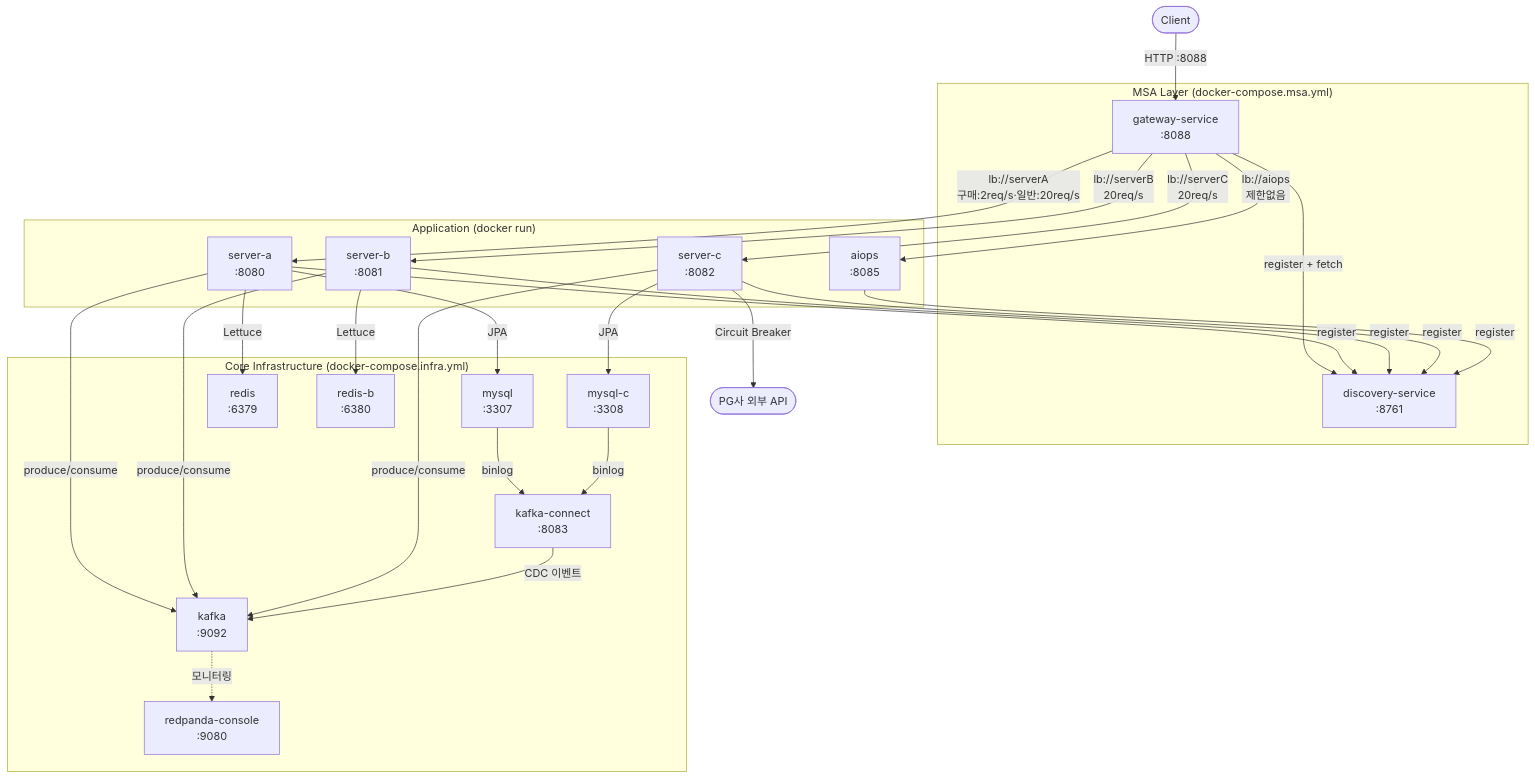
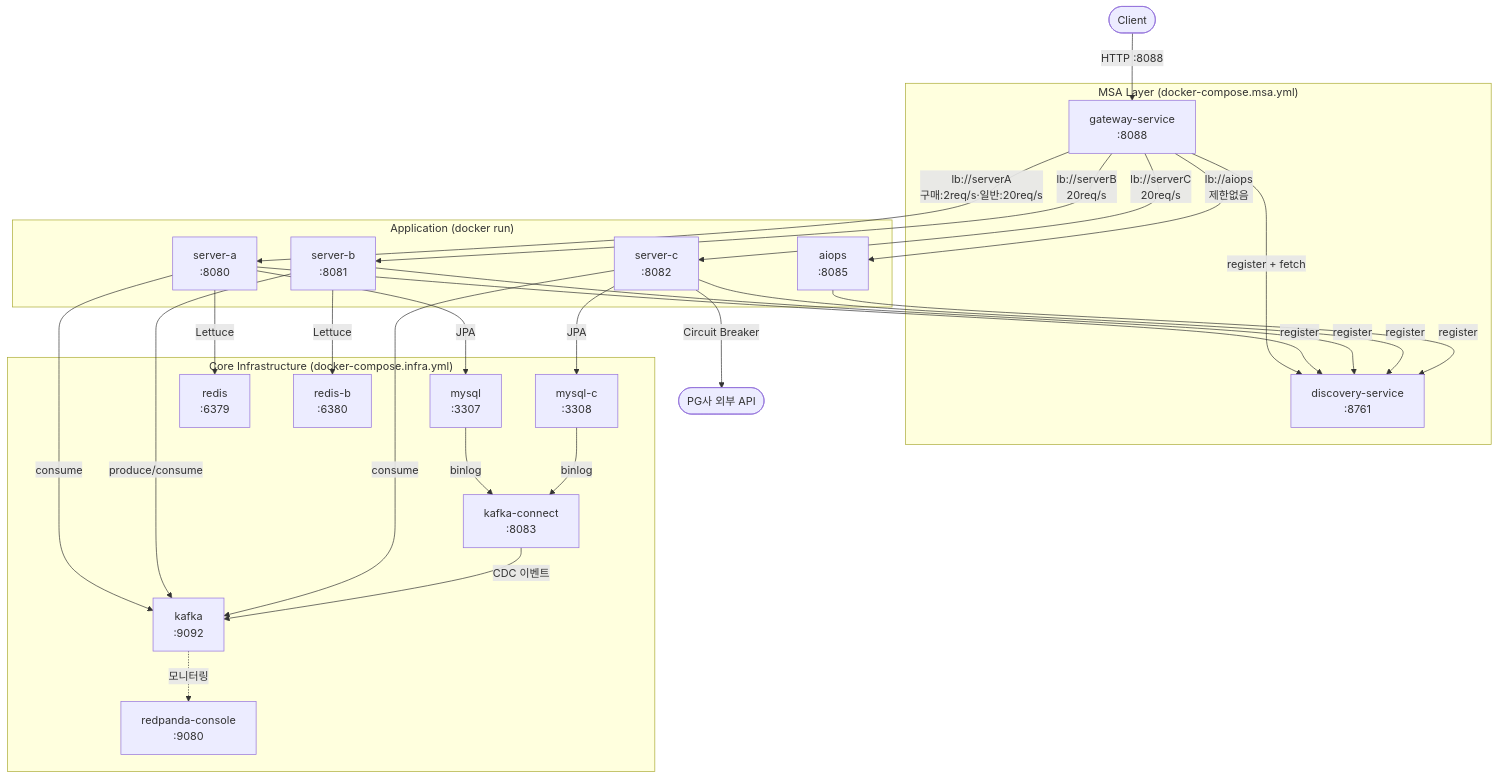
One commit to michi2012/goods-promotion-project changed the first of 3 diagrams in docs/infra-diagram.md. Above: the diagram before and after it, drawn with Mermaid. The commit also changed other lines of this file and 2 other files, not shown here.

Commit message:
docs: README 기술 스택 및 실행 방법 간소화
ALB Ingress를 운영 배포 항목으로 이동하고 보안 항목에 WAF만 명시.
K8s 실행 방법의 불필요한 helm 명령어 나열을 제거하고 values-local.yaml 참조로 대체.
arch-snapshot 네트워크 레이어에서 ALB와 K8s Ingress를 ALB Ingress로 통합 표기.

````diff
--- a/docs/infra-diagram.md
+++ b/docs/infra-diagram.md
@@ -6,64 +6,64 @@
 ```mermaid
 flowchart TD
     Client(["Client"])
 
     subgraph MSA["MSA Layer (docker-compose.msa.yml)"]
         GW["gateway-service\n:8088"]
         DS["discovery-service\n:8761"]
     end
 
     subgraph App["Application (docker run)"]
         A["server-a\n:8080"]
         B["server-b\n:8081"]
         C["server-c\n:8082"]
         AIO["aiops\n:8085"]
     end
 
     subgraph Infra["Core Infrastructure (docker-compose.infra.yml)"]
         MySQL["mysql\n:3307"]
         MySQLC["mysql-c\n:3308"]
         Redis["redis\n:6379"]
         RedisB["redis-b\n:6380"]
         Kafka["kafka\n:9092"]
         KC["kafka-connect\n:8083"]
         RP["redpanda-console\n:9080"]
     end
 
     PG(["PG사 외부 API"])
 
     %% 외부 트래픽
     Client -->|"HTTP :8088"| GW
 
     %% 게이트웨이 → 서비스 (Eureka lb://, Rate Limiting 적용)
     GW -->|"lb://serverA\n구매:2req/s·일반:20req/s"| A
     GW -->|"lb://serverB\n20req/s"| B
     GW -->|"lb://serverC\n20req/s"| C
     GW -->|"lb://aiops\n제한없음"| AIO
 
     %% Eureka 등록
     GW -->|"register + fetch"| DS
     A -->|"register"| DS
     B -->|"register"| DS
     C -->|"register"| DS
     AIO -->|"register"| DS
 
     %% 앱 → 인프라
     A -->|"JPA"| MySQL
     A -->|"Lettuce"| Redis
-    A -->|"produce/consume"| Kafka
+    A -->|"consume"| Kafka
     B -->|"Lettuce"| RedisB
     B -->|"produce/consume"| Kafka
     C -->|"JPA"| MySQLC
-    C -->|"produce/consume"| Kafka
+    C -->|"consume"| Kafka
 
     %% Debezium CDC
     MySQL -->|"binlog"| KC
     MySQLC -->|"binlog"| KC
     KC -->|"CDC 이벤트"| Kafka
 
     %% 외부 결제
     C -->|"Circuit Breaker"| PG
 
     %% Kafka UI
     Kafka -.->|"모니터링"| RP
 ```
````
